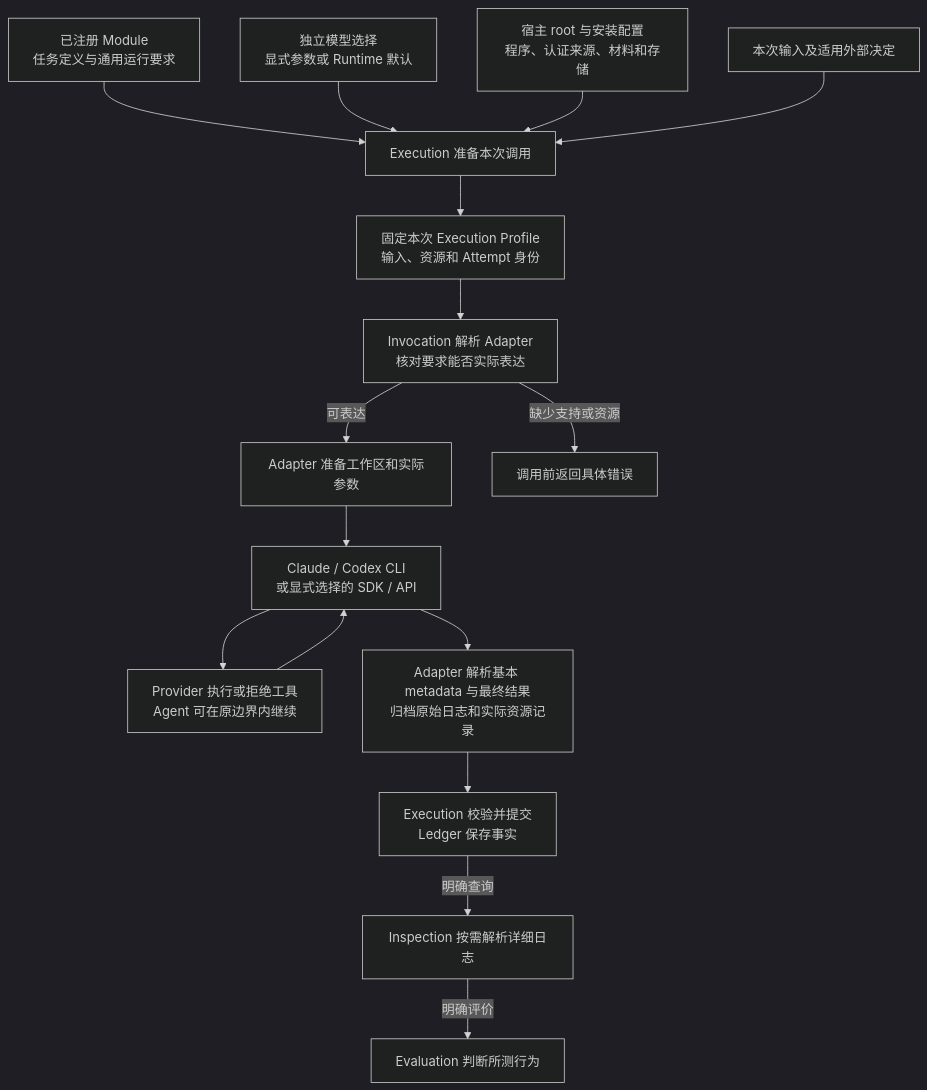
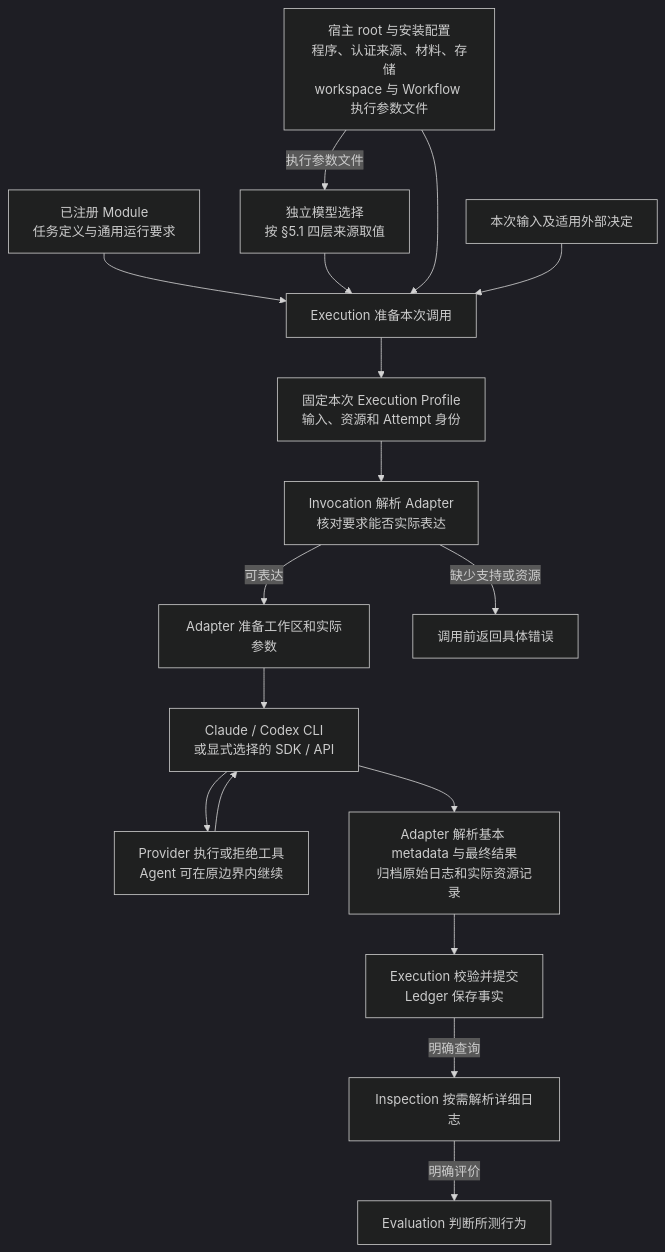
One commit to bobaoai/agent_runtime changed the diagram in designDoc/agent_runtime_08_agent_execution_adapter_contract.md. Above: the diagram before and after it, drawn with Mermaid (dark theme). The commit also changed other lines of this file and 5 other files, not shown here.

````diff
--- a/designDoc/agent_runtime_08_agent_execution_adapter_contract.md
+++ b/designDoc/agent_runtime_08_agent_execution_adapter_contract.md
@@ -36,18 +36,19 @@
 ```mermaid
 flowchart TD
     M["已注册 Module<br/>任务定义与通用运行要求"] --> E["Execution 准备本次调用"]
-    C["独立模型选择<br/>显式参数或 Runtime 默认"] --> E
-    H["宿主 root 与安装配置<br/>程序、认证来源、材料和存储"] --> E
+    C["独立模型选择<br/>按 §5.1 四层来源取值"] --> E
+    H["宿主 root 与安装配置<br/>程序、认证来源、材料、存储<br/>workspace 与 Workflow 执行参数文件"] --> E
+    H -->|执行参数文件| C
     I["本次输入及适用外部决定"] --> E
     E --> P["固定本次 Execution Profile<br/>输入、资源和 Attempt 身份"]
     P --> A["Invocation 解析 Adapter<br/>核对要求能否实际表达"]
     A -->|可表达| S["Adapter 准备工作区和实际参数"]
     A -->|缺少支持或资源| F["调用前返回具体错误"]
     S --> CLI["Claude / Codex CLI<br/>或显式选择的 SDK / API"]
     CLI --> T["Provider 执行或拒绝工具<br/>Agent 可在原边界内继续"]
     T --> CLI
     CLI --> R["Adapter 解析基本 metadata 与最终结果<br/>归档原始日志和实际资源记录"]
     R --> L["Execution 校验并提交<br/>Ledger 保存事实"]
     L -->|明确查询| Q["Inspection 按需解析详细日志"]
     Q -->|明确评价| V["Evaluation 判断所测行为"]
 ```
````
